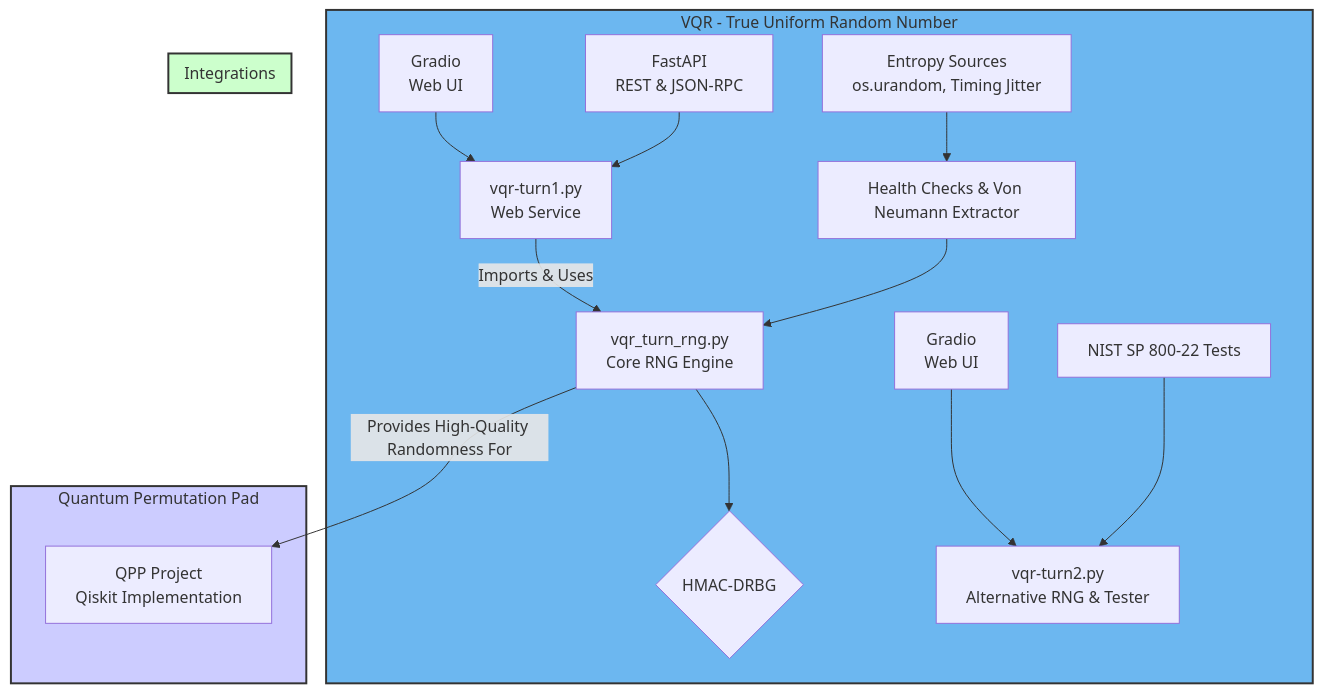
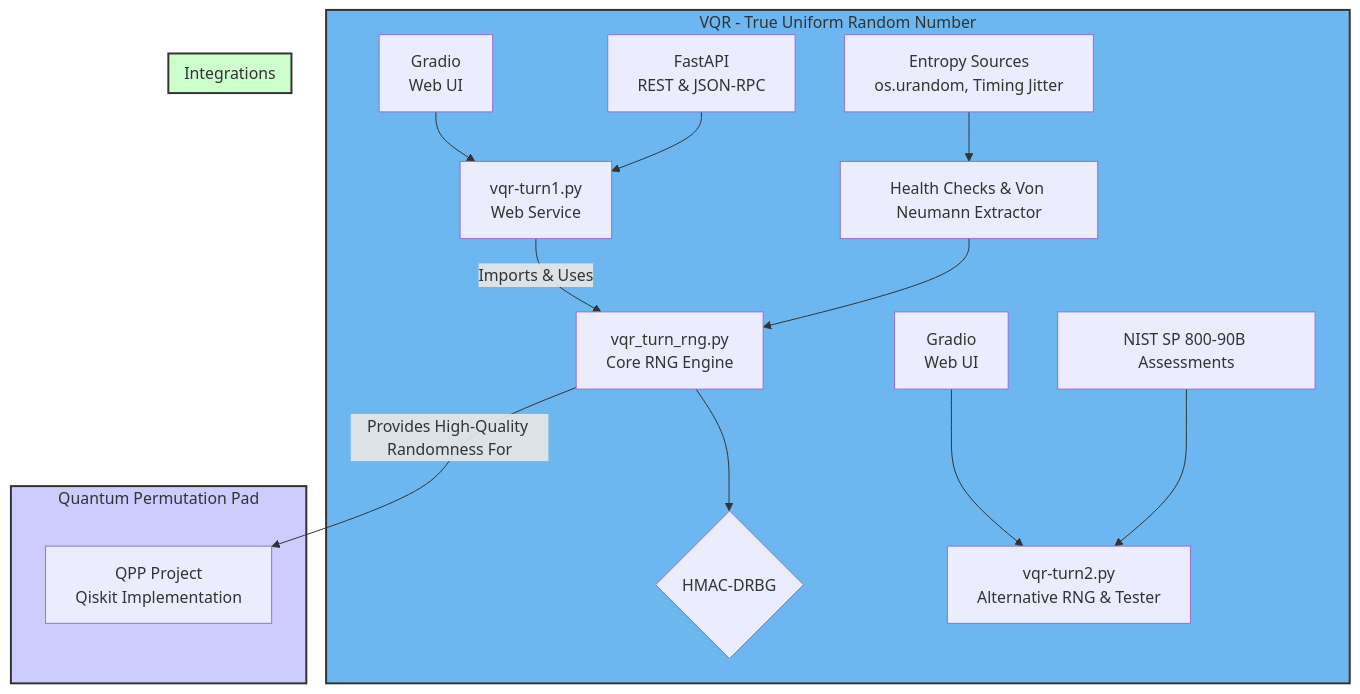
One commit to SAMeh-ZAGhloul/Virtual-Quantum-Reality-VQR_True-Uniform-Random-Number-TURN changed the diagram in README.md. Above: the diagram before and after it, drawn with Mermaid. The commit also changed other lines of this file, not shown here.

````diff
--- a/README.md
+++ b/README.md
@@ -34,28 +34,28 @@
 ```mermaid
 graph TD
     subgraph VQR_TURN [VQR - True Uniform Random Number]
         A[vqr_turn_rng.py <br> Core RNG Engine] --> B{HMAC-DRBG};
         C[Entropy Sources <br> os.urandom, Timing Jitter] --> D[Health Checks & Von Neumann Extractor];
         D --> A;
 
         E[vqr-turn1.py <br> Web Service] -- "Imports & Uses" --> A;
         F[FastAPI <br> REST & JSON-RPC] --> E;
         G[Gradio <br> Web UI] --> E;
 
         H[vqr-turn2.py <br> Alternative RNG & Tester];
-        I[NIST SP 800-22 Tests] --> H;
+        I[NIST SP 800-90B Assessments] --> H;
         J[Gradio <br> Web UI] --> H;
     end
 
     subgraph QPP [Quantum Permutation Pad]
         K[QPP Project <br> Qiskit Implementation];
     end
 
     subgraph Integrations
         A -- "Provides High-Quality Randomness For" --> K;
     end
 
     style VQR_TURN fill:#6cb7f0,stroke:#333,stroke-width:2px
     style QPP fill:#ccf,stroke:#333,stroke-width:2px
     style Integrations fill:#cfc,stroke:#333,stroke-width:2px
 ```
````
